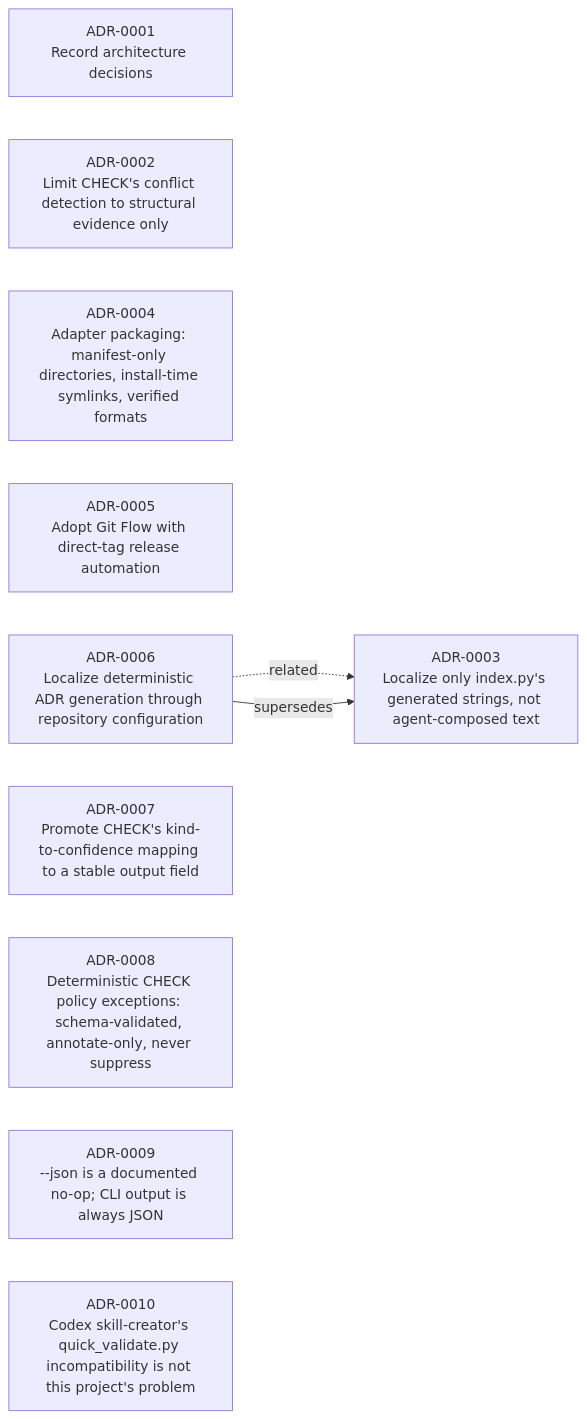
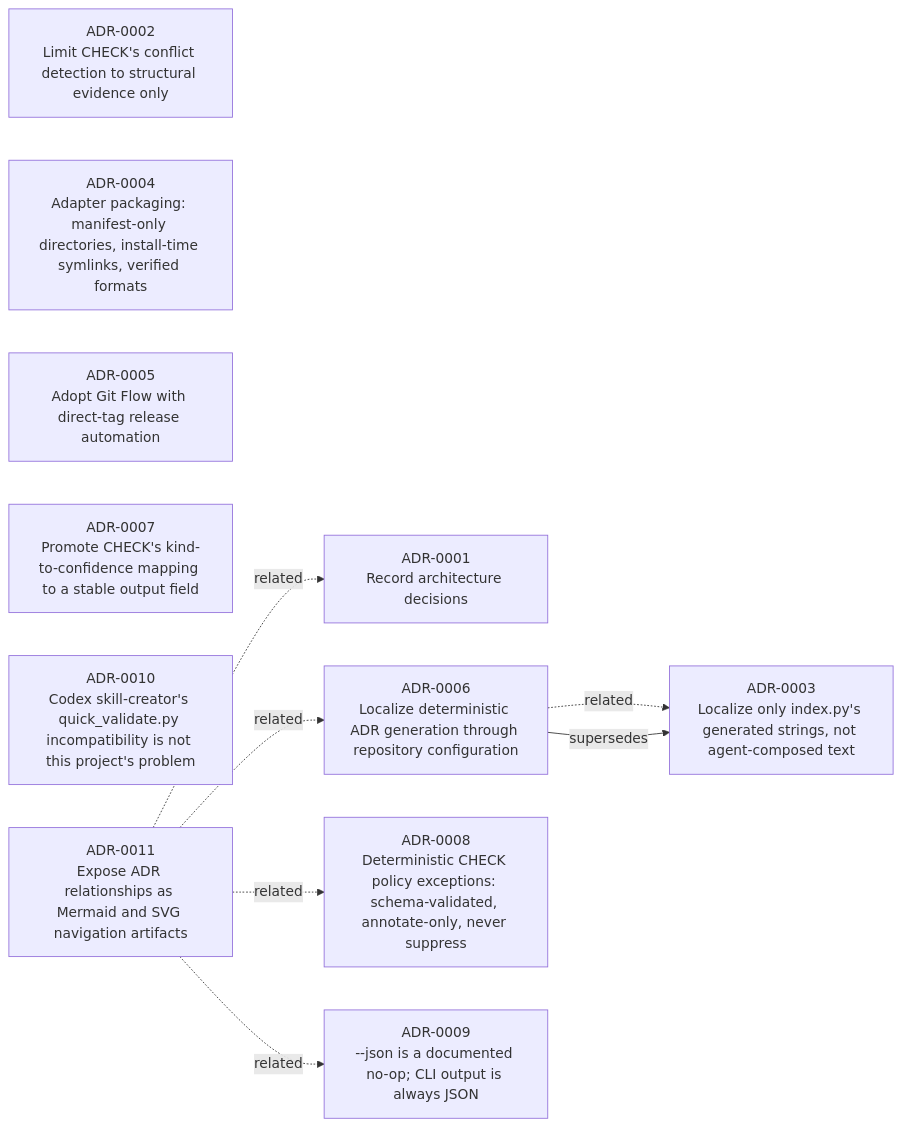
One commit to SHcommit/ADR-toolkit changed the diagram in docs/decisions/README.md. Above: the diagram before and after it, drawn with Mermaid. The commit also changed other lines of this file and 4 other files, not shown here.

First line of the commit message:
docs: record ADR-0011 for relationship graph and public readiness work

````diff
--- a/docs/decisions/README.md
+++ b/docs/decisions/README.md
@@ -238,15 +296,20 @@
 ```mermaid
 flowchart LR
   ADR_0001["ADR-0001<br/>Record architecture decisions"]
   ADR_0002["ADR-0002<br/>Limit CHECK's conflict detection to structural evidence only"]
   ADR_0003["ADR-0003<br/>Localize only index.py's generated strings, not agent-composed text"]
   ADR_0004["ADR-0004<br/>Adapter packaging: manifest-only directories, install-time symlinks, verified formats"]
   ADR_0005["ADR-0005<br/>Adopt Git Flow with direct-tag release automation"]
   ADR_0006["ADR-0006<br/>Localize deterministic ADR generation through repository configuration"]
   ADR_0007["ADR-0007<br/>Promote CHECK's kind-to-confidence mapping to a stable output field"]
   ADR_0008["ADR-0008<br/>Deterministic CHECK policy exceptions: schema-validated, annotate-only, never suppress"]
   ADR_0009["ADR-0009<br/>--json is a documented no-op; CLI output is always JSON"]
   ADR_0010["ADR-0010<br/>Codex skill-creator's quick_validate.py incompatibility is not this project's problem"]
+  ADR_0011["ADR-0011<br/>Expose ADR relationships as Mermaid and SVG navigation artifacts"]
   ADR_0006 -.->|related| ADR_0003
   ADR_0006 -->|supersedes| ADR_0003
+  ADR_0011 -.->|related| ADR_0001
+  ADR_0011 -.->|related| ADR_0006
+  ADR_0011 -.->|related| ADR_0008
+  ADR_0011 -.->|related| ADR_0009
 ```
````
